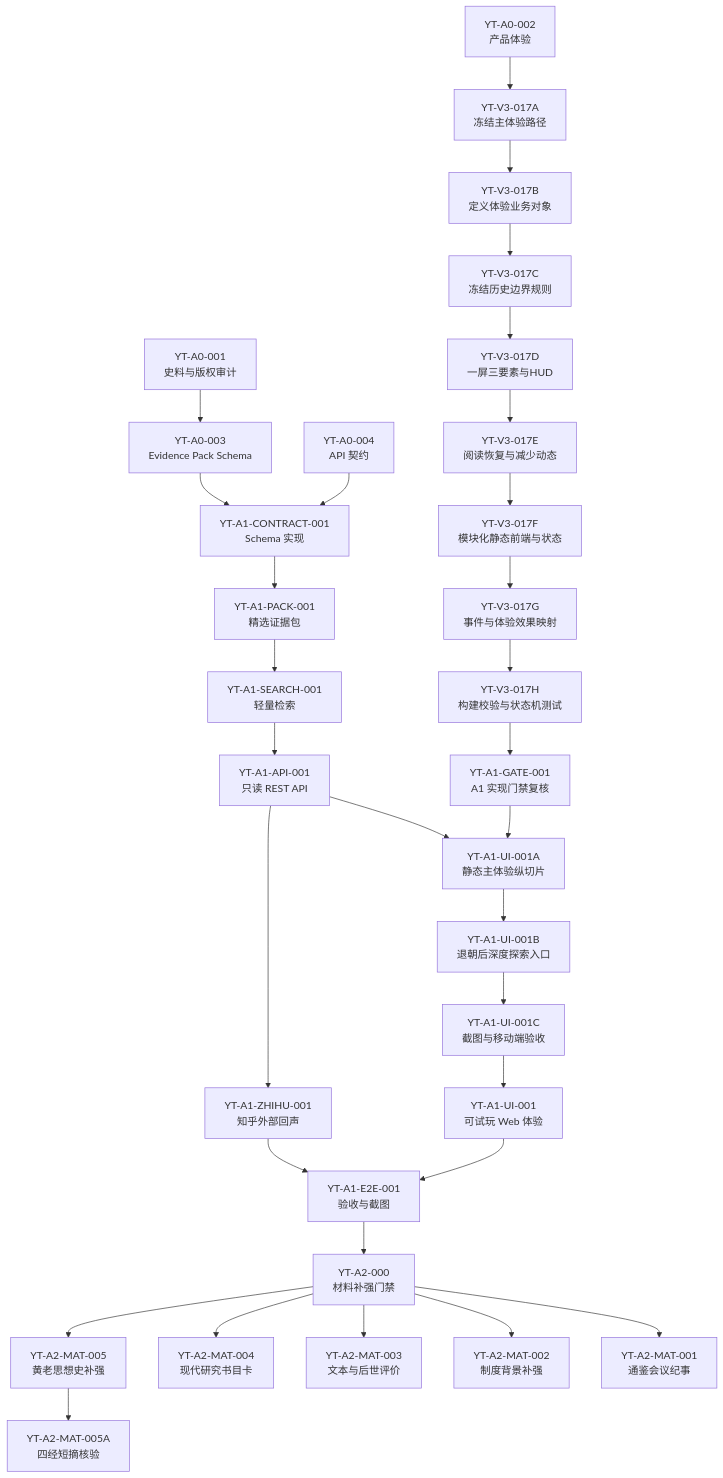
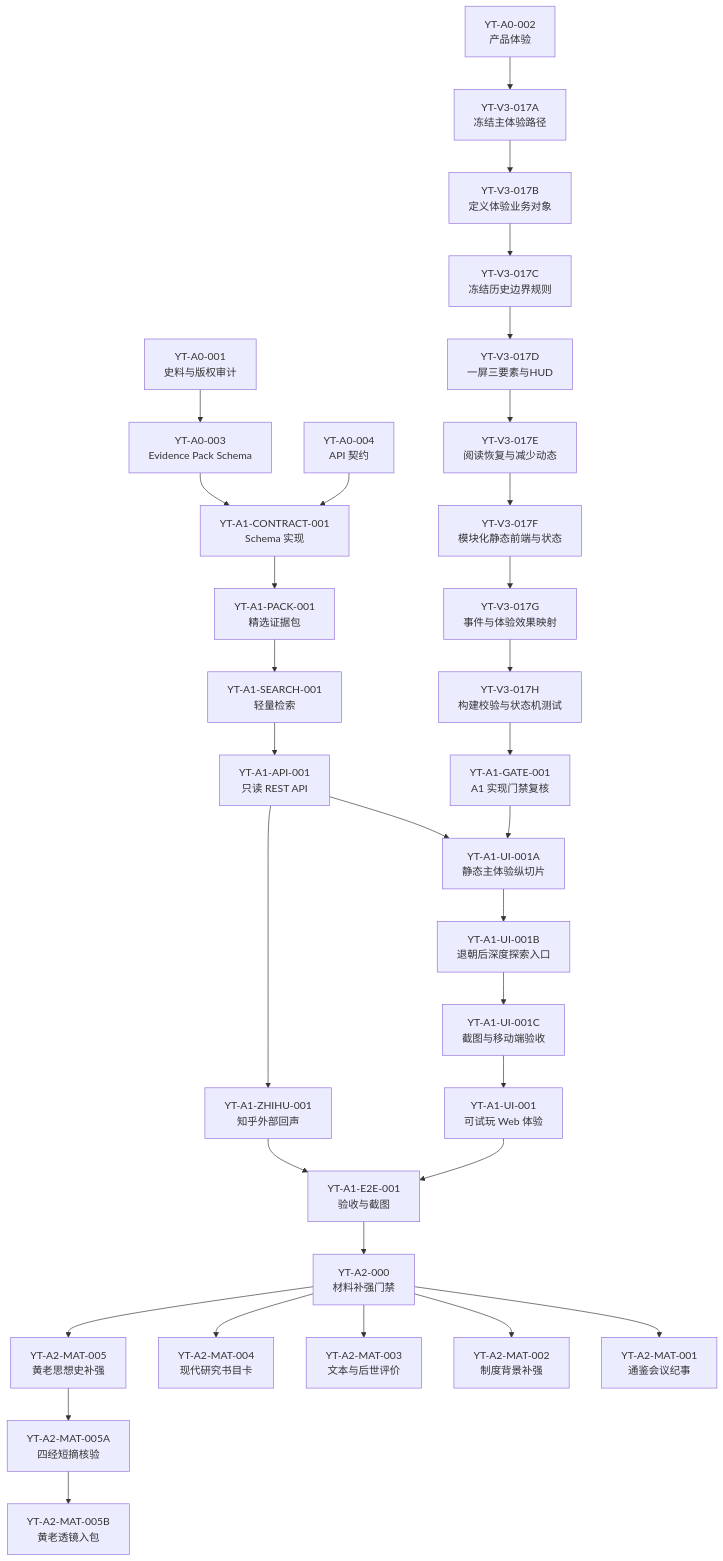
One commit to baijianqing/yantie-history changed the diagram in docs/YANTIE_TASK_BREAKDOWN.md. Above: the diagram before and after it, drawn with Mermaid. The commit also changed other lines of this file and 7 other files, not shown here.

````diff
--- a/docs/YANTIE_TASK_BREAKDOWN.md
+++ b/docs/YANTIE_TASK_BREAKDOWN.md
@@ -24,34 +24,35 @@
 ```mermaid
 flowchart TB
     A001["YT-A0-001<br/>史料与版权审计"] --> A003["YT-A0-003<br/>Evidence Pack Schema"]
     A002["YT-A0-002<br/>产品体验"]
     A003 --> C001["YT-A1-CONTRACT-001<br/>Schema 实现"]
     A004["YT-A0-004<br/>API 契约"] --> C001
     C001 --> P001["YT-A1-PACK-001<br/>精选证据包"]
     P001 --> S001["YT-A1-SEARCH-001<br/>轻量检索"]
     S001 --> API001["YT-A1-API-001<br/>只读 REST API"]
     API001 --> UI001A["YT-A1-UI-001A<br/>静态主体验纵切片"]
     UI001A --> UI001B["YT-A1-UI-001B<br/>退朝后深度探索入口"]
     UI001B --> UI001C["YT-A1-UI-001C<br/>截图与移动端验收"]
     UI001C --> UI001["YT-A1-UI-001<br/>可试玩 Web 体验"]
     API001 --> ZH001["YT-A1-ZHIHU-001<br/>知乎外部回声"]
     UI001 --> E2E001["YT-A1-E2E-001<br/>验收与截图"]
     ZH001 --> E2E001
     E2E001 --> A2000["YT-A2-000<br/>材料补强门禁"]
     A2000 --> A2MAT001["YT-A2-MAT-001<br/>通鉴会议纪事"]
     A2000 --> A2MAT002["YT-A2-MAT-002<br/>制度背景补强"]
     A2000 --> A2MAT003["YT-A2-MAT-003<br/>文本与后世评价"]
     A2000 --> A2MAT004["YT-A2-MAT-004<br/>现代研究书目卡"]
     A2000 --> A2MAT005["YT-A2-MAT-005<br/>黄老思想史补强"]
     A2MAT005 --> A2MAT005A["YT-A2-MAT-005A<br/>四经短摘核验"]
+    A2MAT005A --> A2MAT005B["YT-A2-MAT-005B<br/>黄老透镜入包"]
     A002 --> V3017A["YT-V3-017A<br/>冻结主体验路径"]
     V3017A --> V3017B["YT-V3-017B<br/>定义体验业务对象"]
     V3017B --> V3017C["YT-V3-017C<br/>冻结历史边界规则"]
     V3017C --> V3017D["YT-V3-017D<br/>一屏三要素与HUD"]
     V3017D --> V3017E["YT-V3-017E<br/>阅读恢复与减少动态"]
     V3017E --> V3017F["YT-V3-017F<br/>模块化静态前端与状态"]
     V3017F --> V3017G["YT-V3-017G<br/>事件与体验效果映射"]
     V3017G --> V3017H["YT-V3-017H<br/>构建校验与状态机测试"]
     V3017H --> GATE001["YT-A1-GATE-001<br/>A1 实现门禁复核"]
     GATE001 --> UI001A
 ```
````
